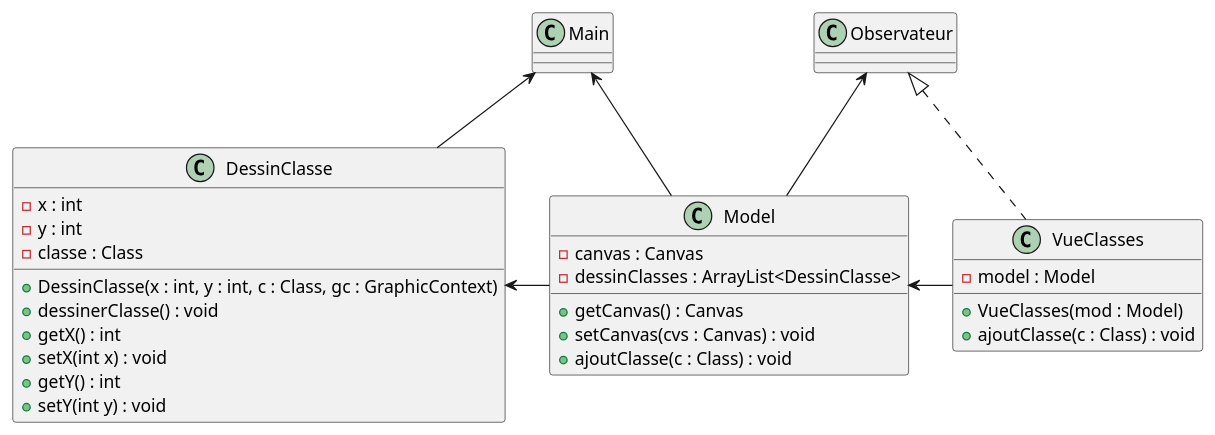
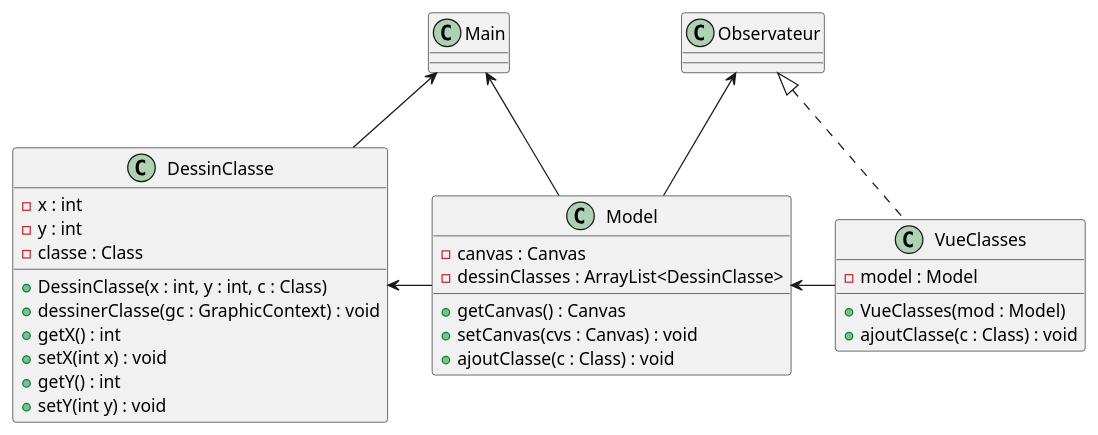
Before and after one commit to Math54500/SAE-3.01-ObjectAid: the diagram in Documents/Itération 4/diagramme de DessinClasse.puml, drawn with PlantUML. The commit also changed 18 other files, not shown here.

```diff
--- a/Documents/Itération 4/diagramme de DessinClasse.puml
+++ b/Documents/Itération 4/diagramme de DessinClasse.puml
@@ -1,36 +1,36 @@
 @startuml
 'https://plantuml.com/class-diagram
 
 class DessinClasse{
 - x : int
 - y : int
 - classe : Class
-+ DessinClasse(x : int, y : int, c : Class, gc : GraphicContext)
-+ dessinerClasse() : void
++ DessinClasse(x : int, y : int, c : Class)
++ dessinerClasse(gc : GraphicContext) : void
 + getX() : int
 + setX(int x) : void
 + getY() : int
 + setY(int y) : void
 }
 
 class VueClasses{
 - model : Model
 + VueClasses(mod : Model)
 + ajoutClasse(c : Class) : void
 }
 
 class Model{
 - canvas : Canvas
 - dessinClasses : ArrayList<DessinClasse>
 + getCanvas() : Canvas
 + setCanvas(cvs : Canvas) : void
 + ajoutClasse(c : Class) : void
 }
 
 Observateur <-- Model
 Observateur <|.. VueClasses
 DessinClasse <- Model
 Model <- VueClasses
 Main <-- Model
 Main <-- DessinClasse
 @enduml
```
